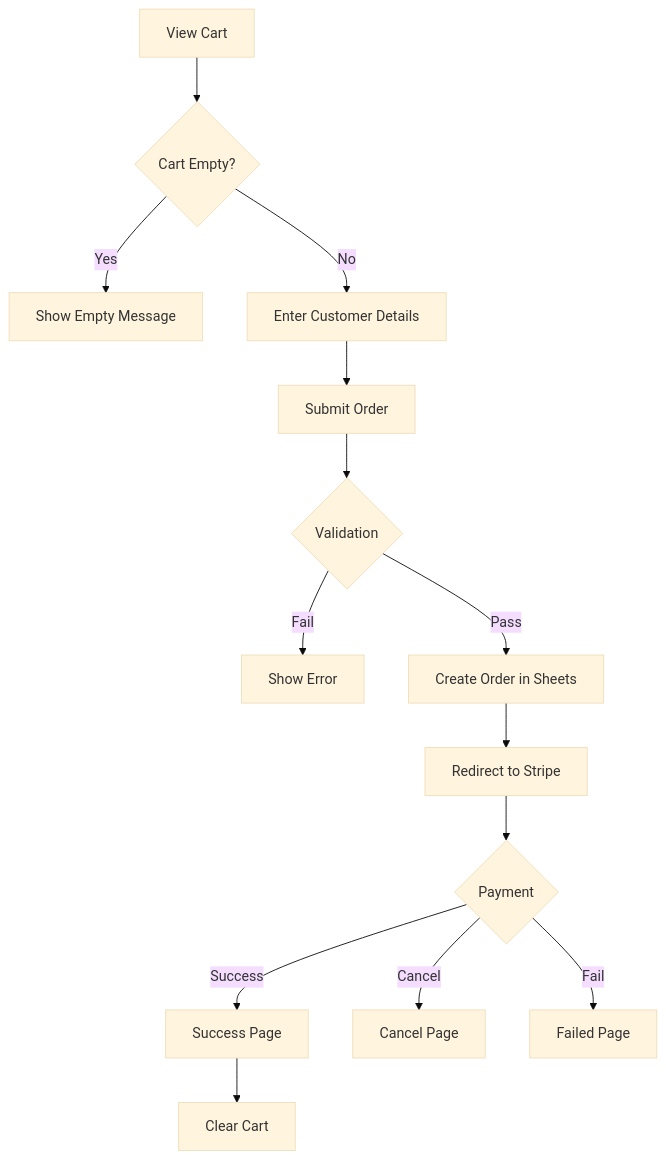
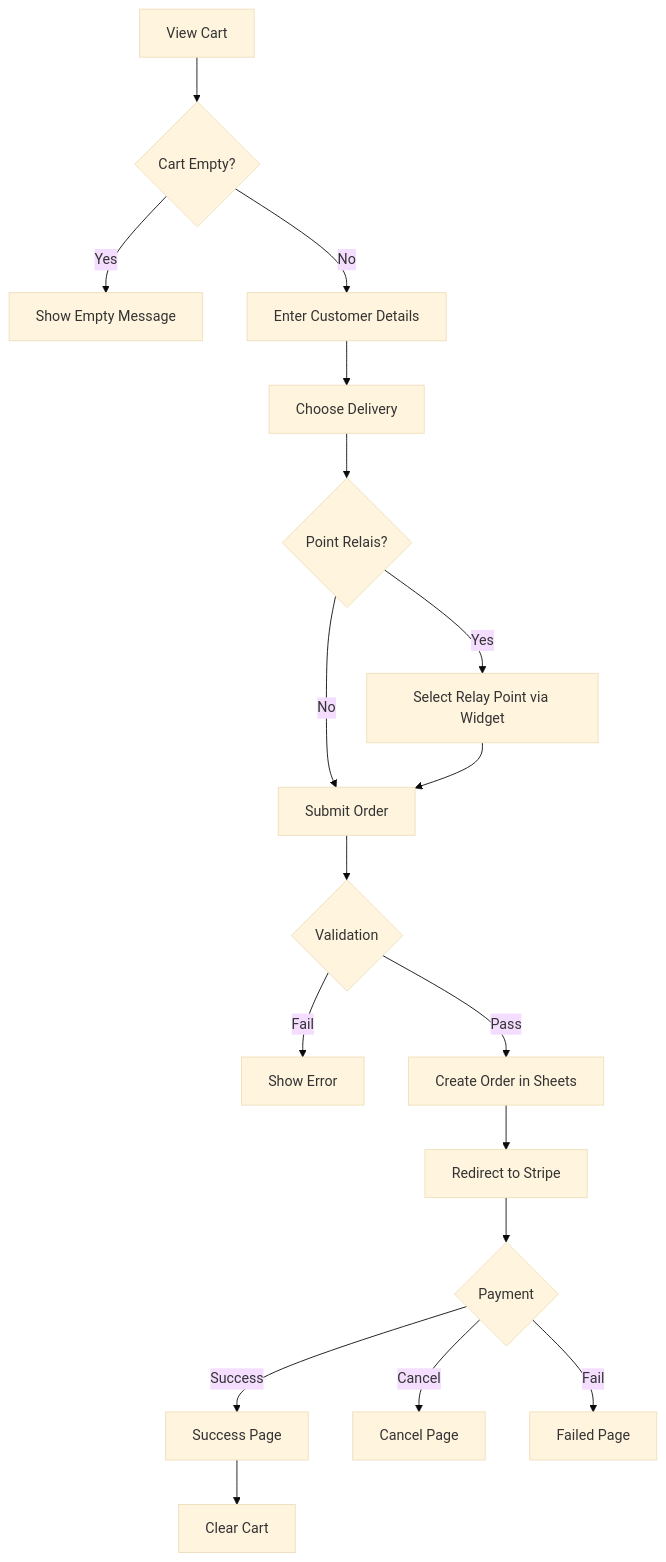
Before and after one commit to clement-sporrer/fc-ardentis: the second of 5 diagrams in docs/business-logic.md, drawn with Mermaid (base theme). The commit also changed other lines of this file and 10 other files, not shown here.

First line of the commit message:
feat(checkout): livraison Point Relais Mondial Relay

````diff
--- a/docs/business-logic.md
+++ b/docs/business-logic.md
@@ -109,16 +117,20 @@
 ```mermaid
 flowchart TD
     A[View Cart] --> B{Cart Empty?}
     B -->|Yes| C[Show Empty Message]
     B -->|No| D[Enter Customer Details]
-    D --> E[Submit Order]
-    E --> F{Validation}
-    F -->|Fail| G[Show Error]
-    F -->|Pass| H[Create Order in Sheets]
-    H --> I[Redirect to Stripe]
-    I --> J{Payment}
-    J -->|Success| K[Success Page]
-    J -->|Cancel| L[Cancel Page]
-    J -->|Fail| M[Failed Page]
-    K --> N[Clear Cart]
+    D --> E[Choose Delivery]
+    E --> F{Point Relais?}
+    F -->|Yes| G[Select Relay Point via Widget]
+    F -->|No| H[Submit Order]
+    G --> H
+    H --> I{Validation}
+    I -->|Fail| J[Show Error]
+    I -->|Pass| K[Create Order in Sheets]
+    K --> L[Redirect to Stripe]
+    L --> M{Payment}
+    M -->|Success| N[Success Page]
+    M -->|Cancel| O[Cancel Page]
+    M -->|Fail| P[Failed Page]
+    N --> Q[Clear Cart]
 ```
````
